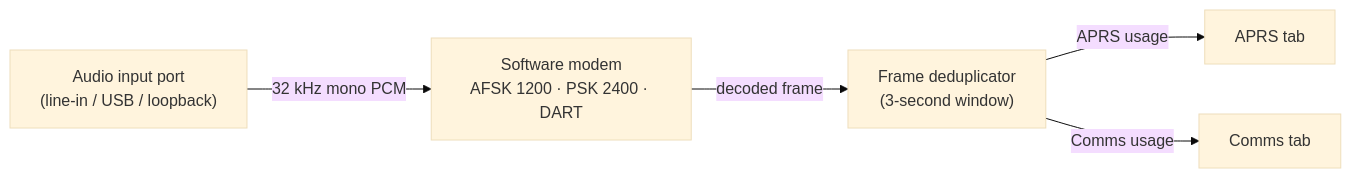
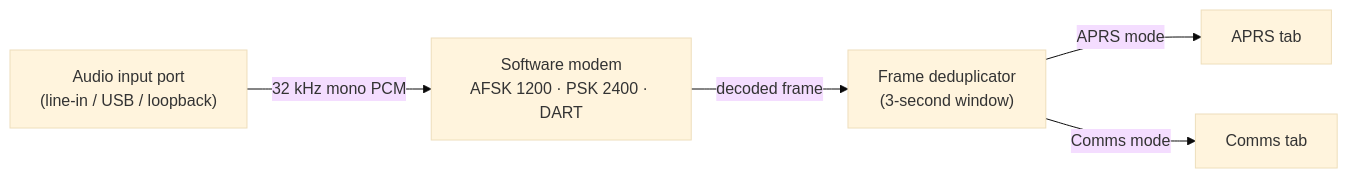
The first of 2 diagrams in docs/blogs/audio-receive-devices.md (Ylianst/HTCommander), drawn with Mermaid (base theme) before and after one commit. The commit also changed other lines of this file and 8 other files, not shown here.

````diff
--- a/docs/blogs/audio-receive-devices.md
+++ b/docs/blogs/audio-receive-devices.md
@@ -51,13 +55,13 @@
 ```mermaid
 flowchart LR
   IN["Audio input port<br/>(line-in / USB / loopback)"]
   MOD["Software modem<br/>AFSK 1200 · PSK 2400 · DART"]
   DEDUP["Frame deduplicator<br/>(3-second window)"]
   APRS["APRS tab"]
   COMMS["Comms tab"]
 
   IN -->|"32 kHz mono PCM"| MOD
   MOD -->|"decoded frame"| DEDUP
-  DEDUP -->|"APRS usage"| APRS
-  DEDUP -->|"Comms usage"| COMMS
+  DEDUP -->|"APRS mode"| APRS
+  DEDUP -->|"Comms mode"| COMMS
 ```
````
